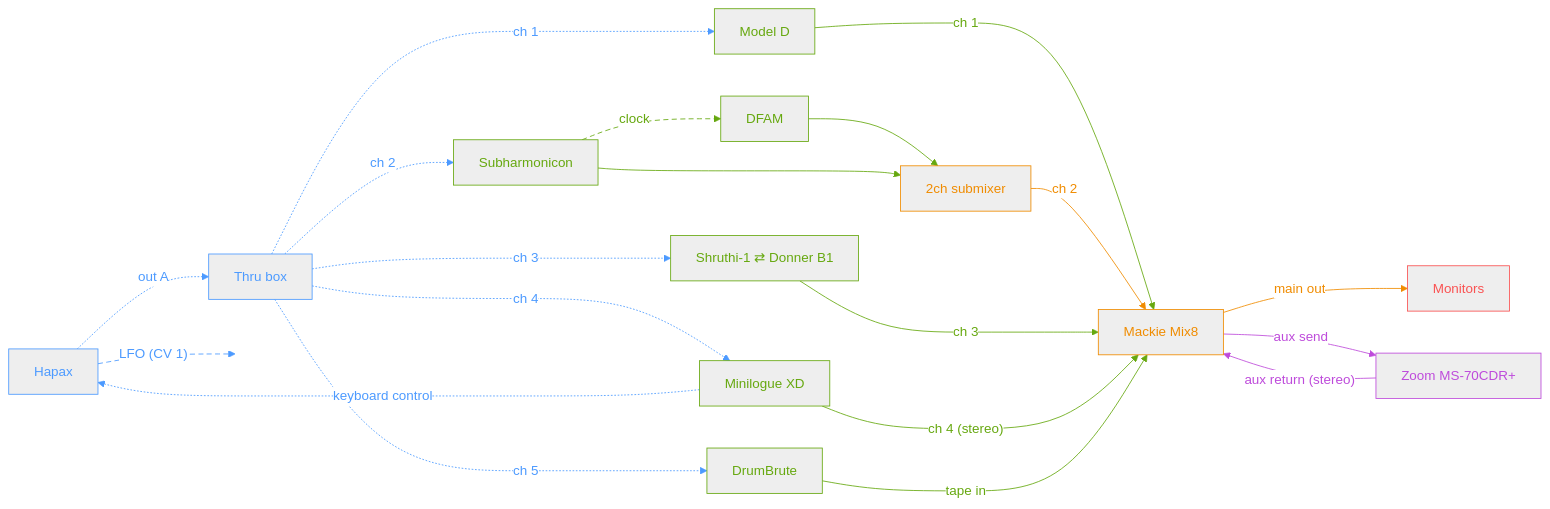
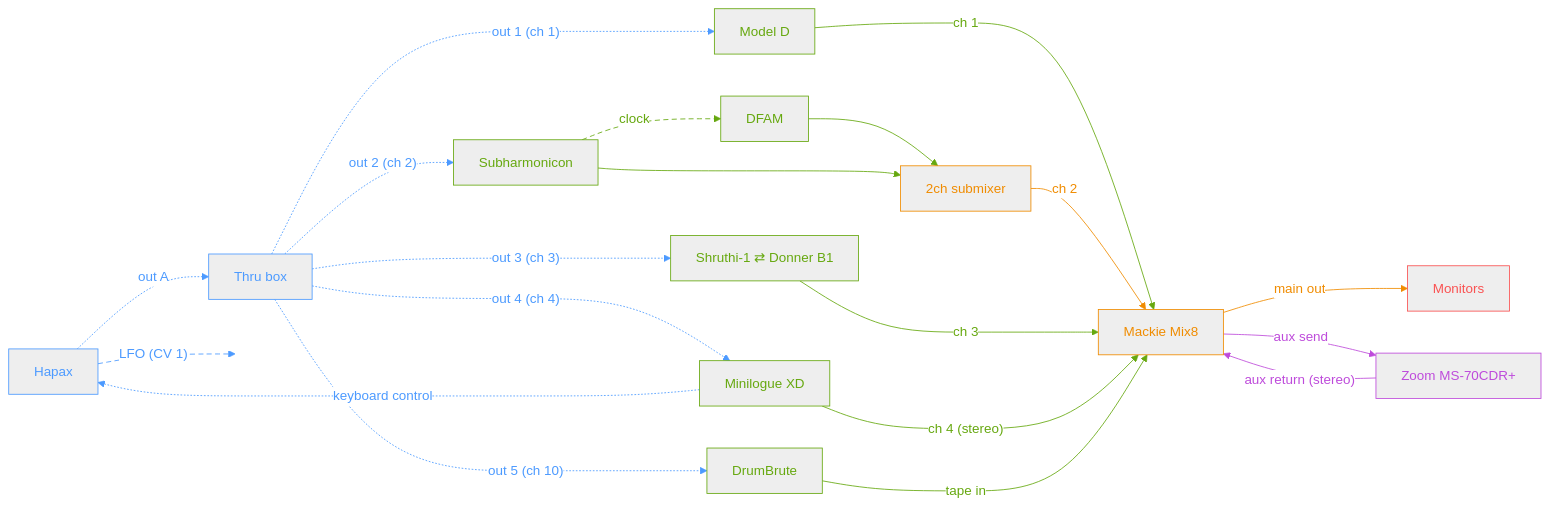
Before and after one commit to saponace/synth-setup: the diagram in README.md, drawn with Mermaid. The commit also changed 1 other file, not shown here.

````diff
--- a/README.md
+++ b/README.md
@@ -1,78 +1,76 @@
 ```mermaid
 ---
 config:
   theme: neutral
 ---
 flowchart LR
     %% ----- One color per logical section; line style = signal type -----
     classDef sequencer stroke:#4c9aff,color:#4c9aff
     classDef sequencerCV stroke:#4c9aff,color:#4c9aff,stroke-dasharray: 6 4
     classDef synths stroke:#66a80f,color:#66a80f
     classDef synthsCV stroke:#66a80f,color:#66a80f,stroke-dasharray: 6 4
     classDef mixer stroke:#f08c00,color:#f08c00
     classDef fx stroke:#be4bdb,color:#be4bdb
     classDef monitoring stroke:#fa5252,color:#fa5252
 
     %% ===== Sequencer brain =====
     HAPAX["Hapax"]:::sequencer
     SPLIT["Thru box"]:::sequencer
     SPARECV[" "]
     style SPARECV fill:none,stroke:none
 
     %% ===== Synths =====
     MODELD["Model D"]:::synths
     SUBH["Subharmonicon"]:::synths
     SWAP["Shruthi-1 ⇄ Donner B1"]:::synths
     XD["Minilogue XD"]:::synths
     DBI["DrumBrute"]:::synths
     DFAM["DFAM"]:::synths
 
     %% ===== Mixer / send  =====
     SUBMIX["2ch submixer"]:::mixer
     MIX["Mackie Mix8"]:::mixer
     MON["Monitors"]:::monitoring
     ZOOM["Zoom MS-70CDR+"]:::fx
 
     %% ----- MIDI links (dotted) -----
     HAPAX midi0@-. "out A" .-> SPLIT
-    SPLIT midi1@-. "ch 1" .-> MODELD
-    SPLIT midi5@-. "ch 2" .-> SUBH
-    SPLIT midi3@-. "ch 3" .-> SWAP
-    SPLIT midi4@-. "ch 4" .-> XD
-    SPLIT midi2@-. "ch 5" .-> DBI
+    SPLIT midi1@-. "out 1 (ch 1)" .-> MODELD
+    SPLIT midi5@-. "out 2 (ch 2)" .-> SUBH
+    SPLIT midi3@-. "out 3 (ch 3)" .-> SWAP
+    SPLIT midi4@-. "out 4 (ch 4)" .-> XD
+    SPLIT midi2@-. "out 5 (ch 10)" .-> DBI
     XD midi6@-. "keyboard control" .-> HAPAX
     class midi0,midi1,midi2,midi3,midi4,midi5,midi6 sequencer
 
     %% ----- CV/Gate/Clock links (dashed) -----
     HAPAX cv1@-- "LFO (CV 1)" --> SPARECV
     class cv1 sequencerCV
 
     SUBH clk1@-- "clock" --> DFAM
     class clk1 synthsCV
 
     %% ----- Audio links (solid) -----
-    %% (the ~~~ invisible links anchor each direct-to-mixer synth to
-    %% the submixer's rank/column, keeping all six synths aligned since
-    %% DFAM/Subharmonicon's longer path via the submixer would otherwise
-    %% pull Mackie Mix8 further out and split the column)
+    %% (~~~ invisible links keep the six synths column-aligned despite
+    %% DFAM/Subharmonicon reaching the mixer via the submixer)
     MODELD ~~~ SUBMIX
     DFAM audio1@--> SUBMIX
     MODELD audio3@-- "ch 1" --> MIX
     SUBH audio2@--> SUBMIX
     SUBMIX audio4@-- "ch 2" --> MIX
     SWAP audio5@-- "ch 3" --> MIX
     XD audio6@-- "ch 4 (stereo)" --> MIX
     DBI audio7@-- "tape in" --> MIX
     SWAP ~~~ SUBMIX
     XD ~~~ SUBMIX
     DBI ~~~ SUBMIX
     class audio1,audio2,audio3,audio5,audio6,audio7 synths
     class audio4 mixer
 
     MIX out@-- "main out" --> MON
     class out mixer
 
     MIX fxSend@-- "aux send" --> ZOOM
     ZOOM fxReturn@-- "aux return (stereo)" --> MIX
     class fxSend,fxReturn fx
 ```
````
